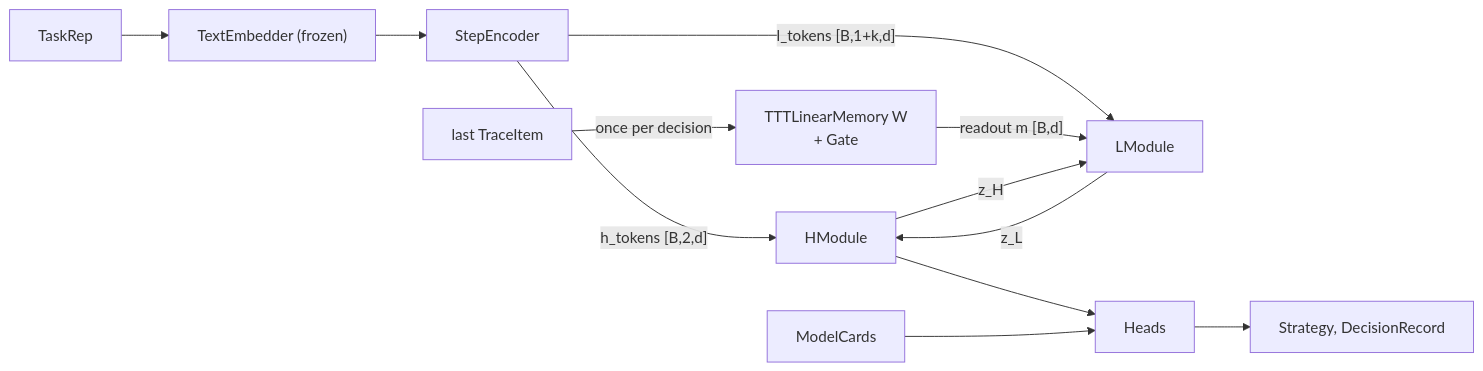
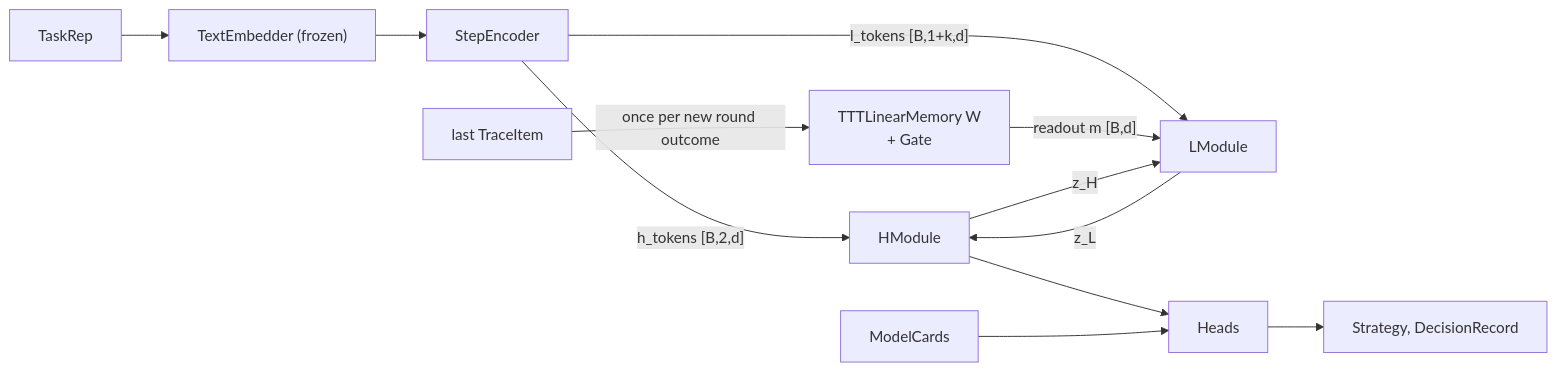
Before and after one commit to veenath09/neural-core: the second of 2 diagrams in .claude/skills/j26-orchestration/references/architecture.md, drawn with Mermaid. The commit also changed other lines of this file and 21 other files, not shown here.

````diff
--- a/.claude/skills/j26-orchestration/references/architecture.md
+++ b/.claude/skills/j26-orchestration/references/architecture.md
@@ -71,14 +71,14 @@
 ```mermaid
 flowchart LR
     REP["TaskRep"] --> EMB["TextEmbedder (frozen)"]
     EMB --> ENC["StepEncoder"]
     ENC -->|"h_tokens [B,2,d]"| H["HModule"]
     ENC -->|"l_tokens [B,1+k,d]"| L["LModule"]
     MEM["TTTLinearMemory W<br/>+ Gate"] -->|"readout m [B,d]"| L
     H -->|"z_H"| L
     L -->|"z_L"| H
     H --> HEADS["Heads"]
     POOL["ModelCards"] --> HEADS
     HEADS --> OUT["Strategy, DecisionRecord"]
-    LAST["last TraceItem"] -->|"once per decision"| MEM
+    LAST["last TraceItem"] -->|"once per new round outcome"| MEM
 ```
````
